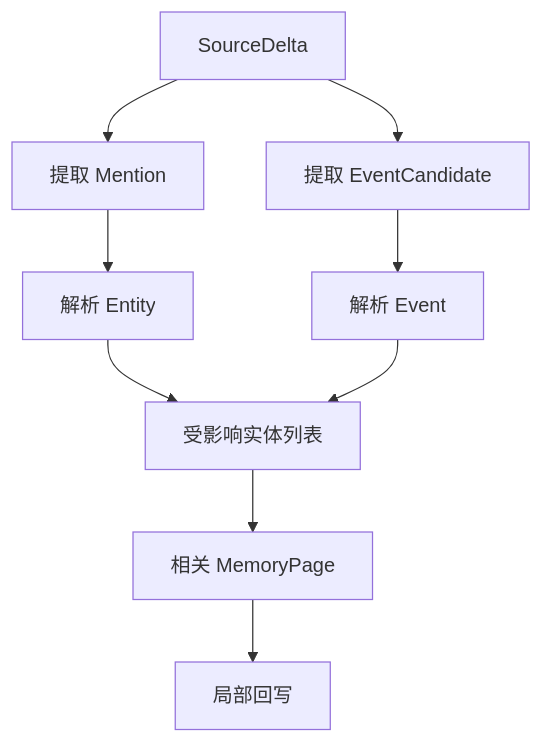
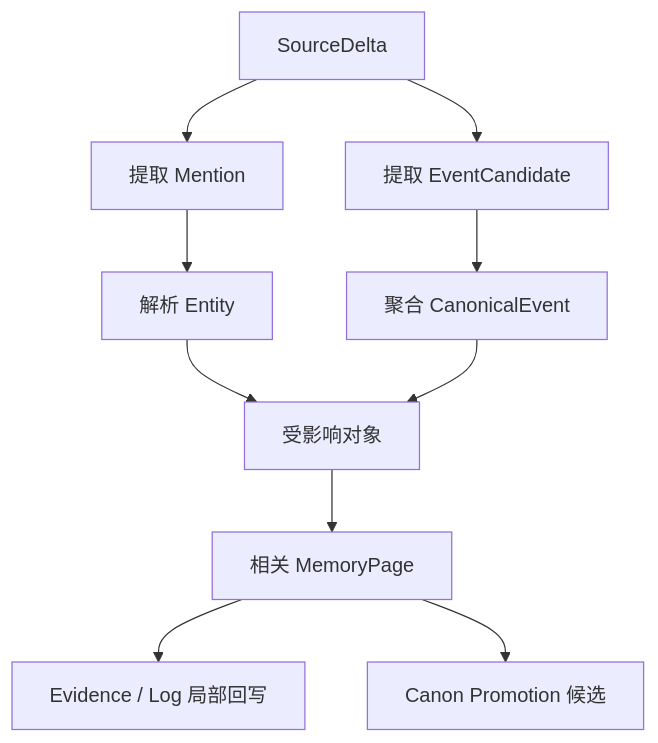
Before and after one commit to FrankQDWang/sextantlabs: the third of 5 diagrams in goals/17-incremental-memory-writeback.md, drawn with Mermaid. The commit also changed other lines of this file, not shown here.

Commit message:
Clarify incremental writeback and canon promotion gate

````diff
--- a/goals/17-incremental-memory-writeback.md
+++ b/goals/17-incremental-memory-writeback.md
@@ -84,11 +99,12 @@
 ```mermaid
 flowchart TD
     A[SourceDelta] --> B[提取 Mention]
     B --> C[解析 Entity]
     A --> D[提取 EventCandidate]
-    D --> E[解析 Event]
-    C --> F[受影响实体列表]
+    D --> E[聚合 CanonicalEvent]
+    C --> F[受影响对象]
     E --> F
     F --> G[相关 MemoryPage]
-    G --> H[局部回写]
+    G --> H[Evidence / Log 局部回写]
+    G --> I[Canon Promotion 候选]
 ```
````
